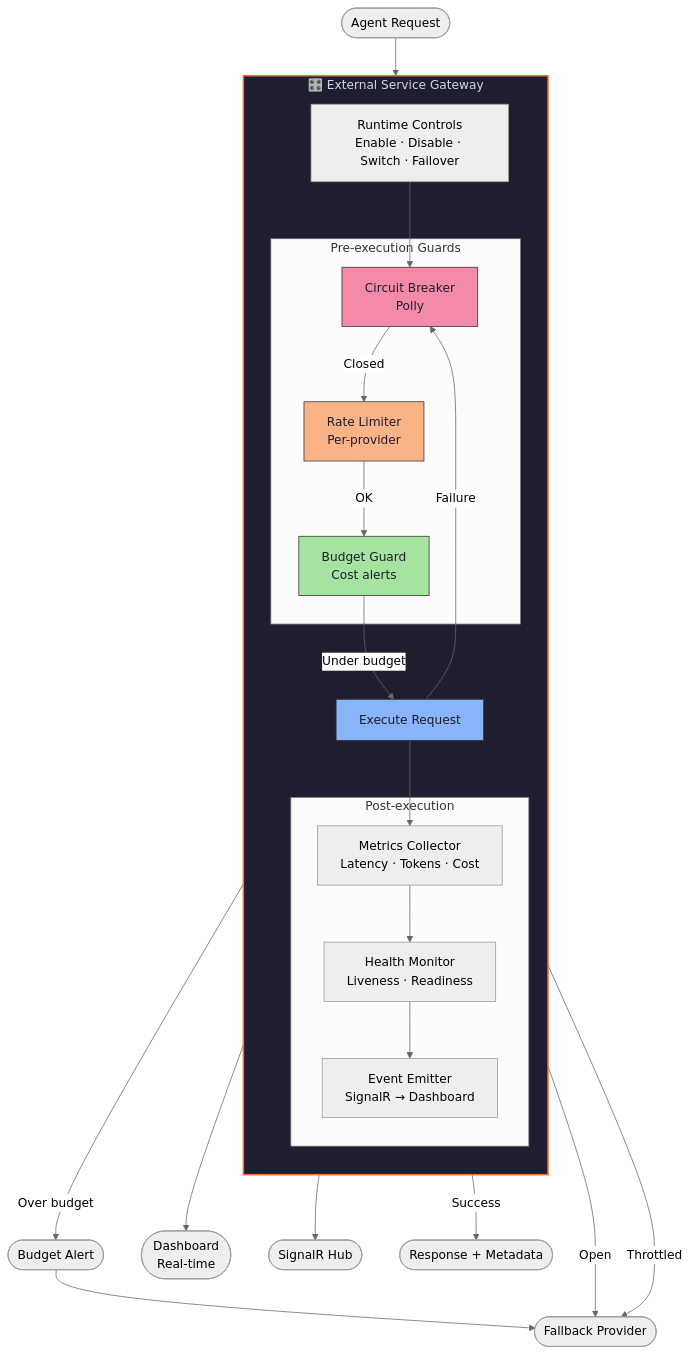
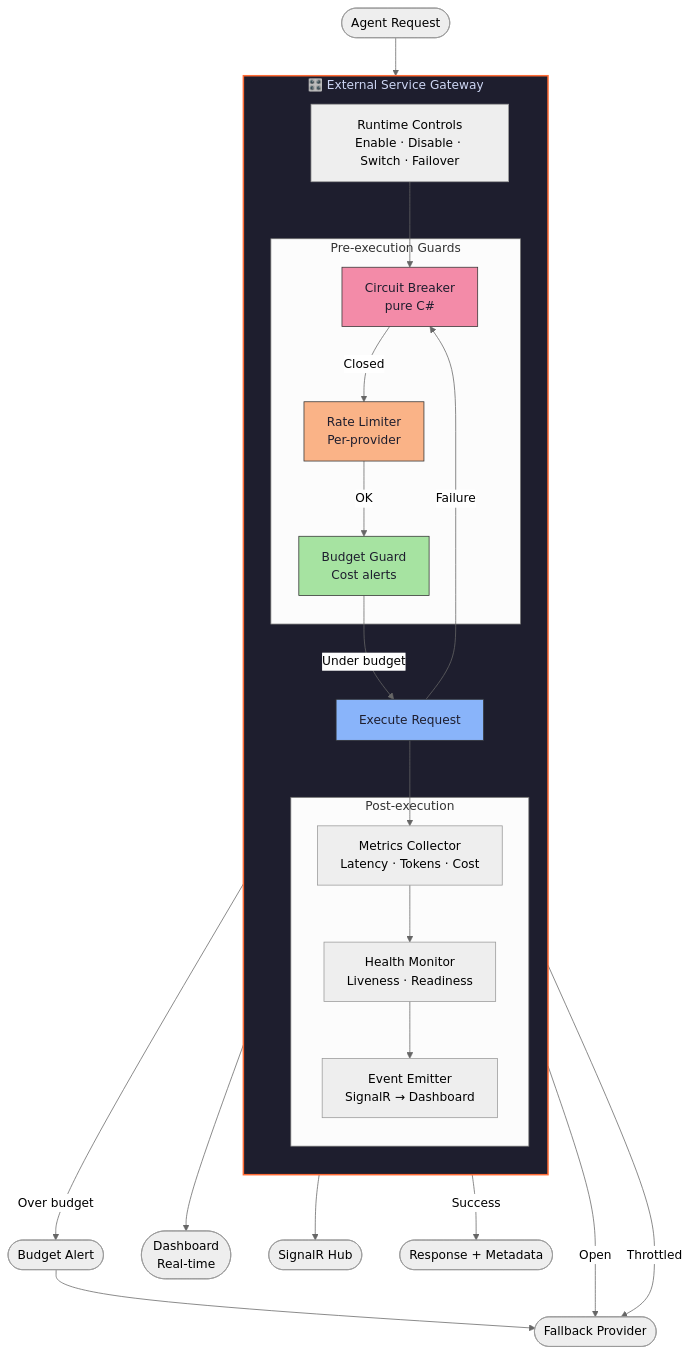
Before and after one commit to JonathanBenicio/Agent-System: the third of 9 diagrams in docs/architecture/diagrams.md, drawn with Mermaid (neutral theme). The commit also changed other lines of this file and 21 other files, not shown here.

````diff
--- a/docs/architecture/diagrams.md
+++ b/docs/architecture/diagrams.md
@@ -157,45 +155,45 @@
 ```mermaid
 graph TB
     subgraph Gateway["🎛️ External Service Gateway"]
         direction TB
         CTRL[Runtime Controls<br/>Enable · Disable · Switch · Failover]
 
         subgraph Guards["Pre-execution Guards"]
-            CB[Circuit Breaker<br/>Polly]
+            CB[Circuit Breaker<br/>pure C#]
             RL[Rate Limiter<br/>Per-provider]
             BG[Budget Guard<br/>Cost alerts]
         end
 
         EXEC[Execute Request]
 
         subgraph PostExec["Post-execution"]
             MET[Metrics Collector<br/>Latency · Tokens · Cost]
             HC[Health Monitor<br/>Liveness · Readiness]
             EVT[Event Emitter<br/>SignalR → Dashboard]
         end
     end
 
     REQ([Agent Request]) --> CTRL
     CTRL --> CB
     CB -->|Closed| RL
     CB -->|Open| FALLBACK([Fallback Provider])
     RL -->|OK| BG
     RL -->|Throttled| FALLBACK
     BG -->|Under budget| EXEC
     BG -->|Over budget| ALERT([Budget Alert]) --> FALLBACK
 
     EXEC --> MET
     MET --> HC
     HC --> EVT
     EVT --> DASH([Dashboard<br/>Real-time])
     EVT --> SIGNALR([SignalR Hub])
 
     EXEC -->|Success| RES([Response + Metadata])
     EXEC -->|Failure| CB
 
     style Gateway fill:#1e1e2e,stroke:#ff6b35,stroke-width:2px,color:#cdd6f4
     style CB fill:#f38ba8,stroke:#333,color:#1e1e2e
     style RL fill:#fab387,stroke:#333,color:#1e1e2e
     style BG fill:#a6e3a1,stroke:#333,color:#1e1e2e
     style EXEC fill:#89b4fa,stroke:#333,color:#1e1e2e
 ```
````
